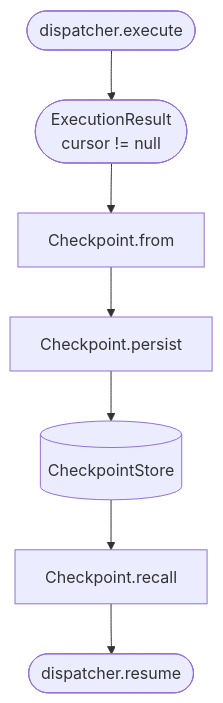
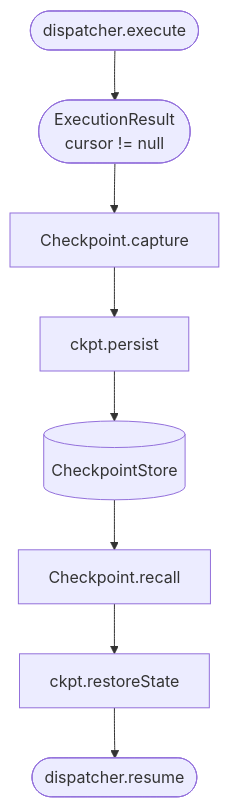
Before and after one commit to Studnicky/Dagonizer: the diagram in docs/guide/persistence.md, drawn with Mermaid. The commit also changed other lines of this file and 44 other files, not shown here.

````diff
--- a/docs/guide/persistence.md
+++ b/docs/guide/persistence.md
@@ -42,16 +42,18 @@
 ```mermaid
 flowchart TB
   exec([dispatcher.execute])
   result([ExecutionResult\ncursor != null])
-  from[Checkpoint.from]
-  persist[Checkpoint.persist]
+  capture[Checkpoint.capture]
+  persist[ckpt.persist]
   store[(CheckpointStore)]
   recall[Checkpoint.recall]
+  restore[ckpt.restoreState]
   resume([dispatcher.resume])
   exec --> result
-  result --> from
-  from --> persist
+  result --> capture
+  capture --> persist
   persist --> store
   store --> recall
-  recall --> resume
+  recall --> restore
+  restore --> resume
 ```
````
